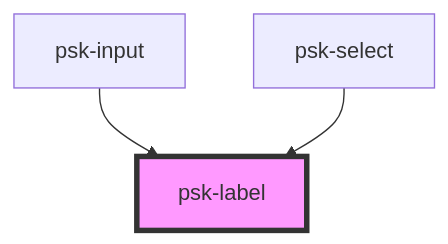
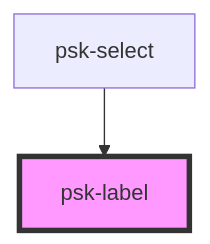
The diagram in src/components/psk-label/readme.md (daniel-visoiu/cardinal), drawn with Mermaid before and after one commit. The commit also changed other lines of this file and 5 other files, not shown here.

Commit message:
work in progress: testing psk-input and fixed @CustomTheme

````diff
--- a/src/components/psk-label/readme.md
+++ b/src/components/psk-label/readme.md
@@ -24,6 +23,5 @@
 ```mermaid
 graph TD;
-  psk-input --> psk-label
   psk-select --> psk-label
   style psk-label fill:#f9f,stroke:#333,stroke-width:4px
 ```
````
